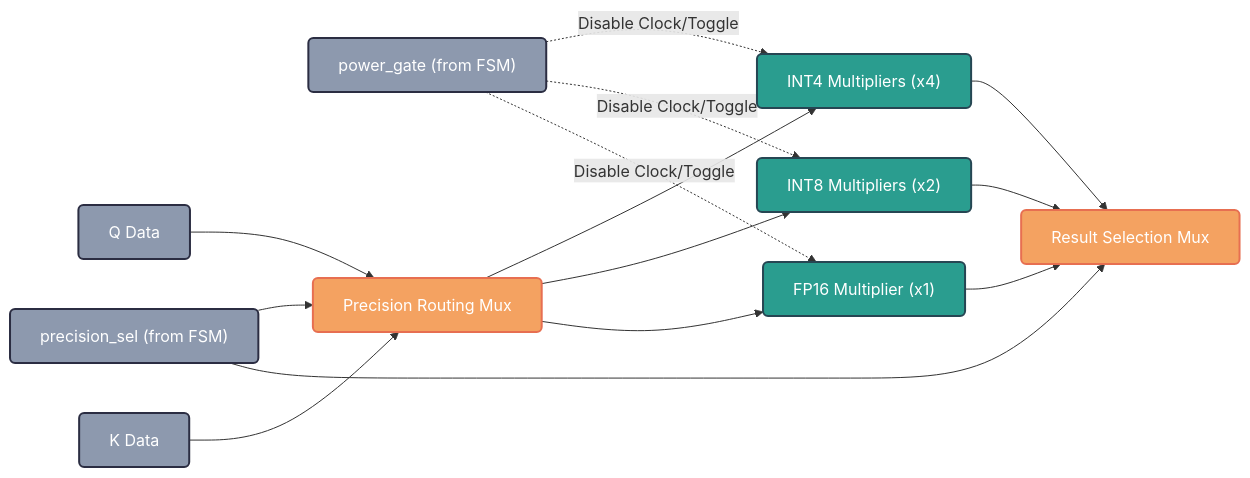
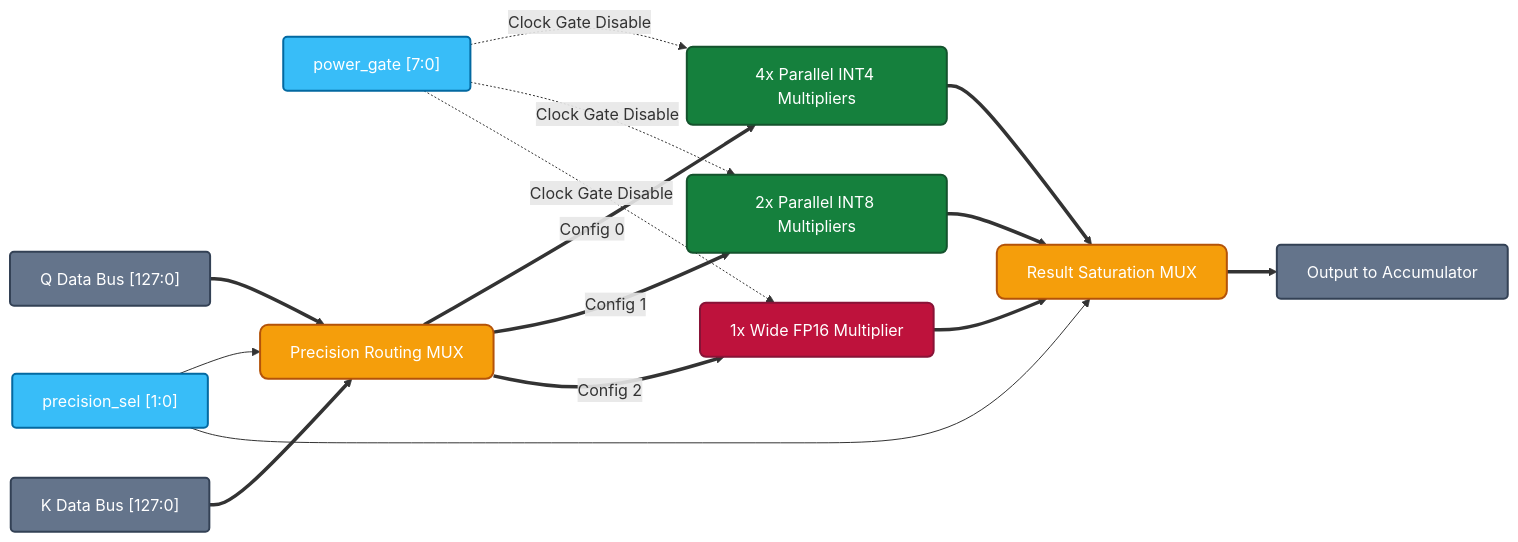
The second of 2 diagrams in docs/architecture.md (abhijit-karale/precision-sparse-attn), drawn with Mermaid before and after one commit. The commit also changed other lines of this file and 2 other files, not shown here.

Commit message:
Upgrade documentation to industry-level portfolio standards

````diff
--- a/docs/architecture.md
+++ b/docs/architecture.md
@@ -38,38 +49,43 @@
 ```mermaid
 graph LR
-    classDef control fill:#8d99ae,stroke:#2b2d42,stroke-width:2px,color:#fff,rx:5px,ry:5px;
-    classDef mux fill:#f4a261,stroke:#e76f51,stroke-width:2px,color:#fff,rx:5px,ry:5px;
-    classDef comp fill:#2a9d8f,stroke:#264653,stroke-width:2px,color:#fff,rx:5px,ry:5px;
+    %% High-Fidelity Color Styling
+    classDef fsmSignal fill:#38BDF8,stroke:#0369A1,stroke-width:2px,color:#fff,rx:4px,ry:4px;
+    classDef dataBus fill:#64748B,stroke:#334155,stroke-width:2px,color:#fff,rx:4px,ry:4px;
+    classDef mux fill:#F59E0B,stroke:#B45309,stroke-width:2px,color:#fff,rx:8px,ry:8px;
+    classDef compFP fill:#BE123C,stroke:#881337,stroke-width:2px,color:#fff,rx:6px,ry:6px;
+    classDef compINT fill:#15803D,stroke:#14532D,stroke-width:2px,color:#fff,rx:6px,ry:6px;
     
-    PSEL["precision_sel (from FSM)"]:::control
-    GATE["power_gate (from FSM)"]:::control
+    PSEL["precision_sel [1:0]"]:::fsmSignal
+    GATE["power_gate [7:0]"]:::fsmSignal
     
-    Q_IN["Q Data"]:::control
-    K_IN["K Data"]:::control
+    Q_IN["Q Data Bus [127:0]"]:::dataBus
+    K_IN["K Data Bus [127:0]"]:::dataBus
     
-    MUX_IN["Precision Routing Mux"]:::mux
+    MUX_IN["Precision Routing MUX"]:::mux
     
-    INT4["INT4 Multipliers (x4)"]:::comp
-    INT8["INT8 Multipliers (x2)"]:::comp
-    FP16["FP16 Multiplier (x1)"]:::comp
+    INT4["4x Parallel INT4 Multipliers"]:::compINT
+    INT8["2x Parallel INT8 Multipliers"]:::compINT
+    FP16["1x Wide FP16 Multiplier"]:::compFP
     
-    OUT_MUX["Result Selection Mux"]:::mux
+    OUT_MUX["Result Saturation MUX"]:::mux
+    RESULT["Output to Accumulator"]:::dataBus
     
     PSEL --> MUX_IN
-    Q_IN --> MUX_IN
-    K_IN --> MUX_IN
+    Q_IN ==> MUX_IN
+    K_IN ==> MUX_IN
     
-    GATE -.->|Disable Clock/Toggle| INT4
-    GATE -.->|Disable Clock/Toggle| INT8
-    GATE -.->|Disable Clock/Toggle| FP16
+    GATE -.->|Clock Gate Disable| INT4
+    GATE -.->|Clock Gate Disable| INT8
+    GATE -.->|Clock Gate Disable| FP16
     
-    MUX_IN --> INT4
-    MUX_IN --> INT8
-    MUX_IN --> FP16
+    MUX_IN ==>|Config 0| INT4
+    MUX_IN ==>|Config 1| INT8
+    MUX_IN ==>|Config 2| FP16
     
-    INT4 --> OUT_MUX
-    INT8 --> OUT_MUX
-    FP16 --> OUT_MUX
+    INT4 ==> OUT_MUX
+    INT8 ==> OUT_MUX
+    FP16 ==> OUT_MUX
     
     PSEL --> OUT_MUX
+    OUT_MUX ==> RESULT
 ```
````
